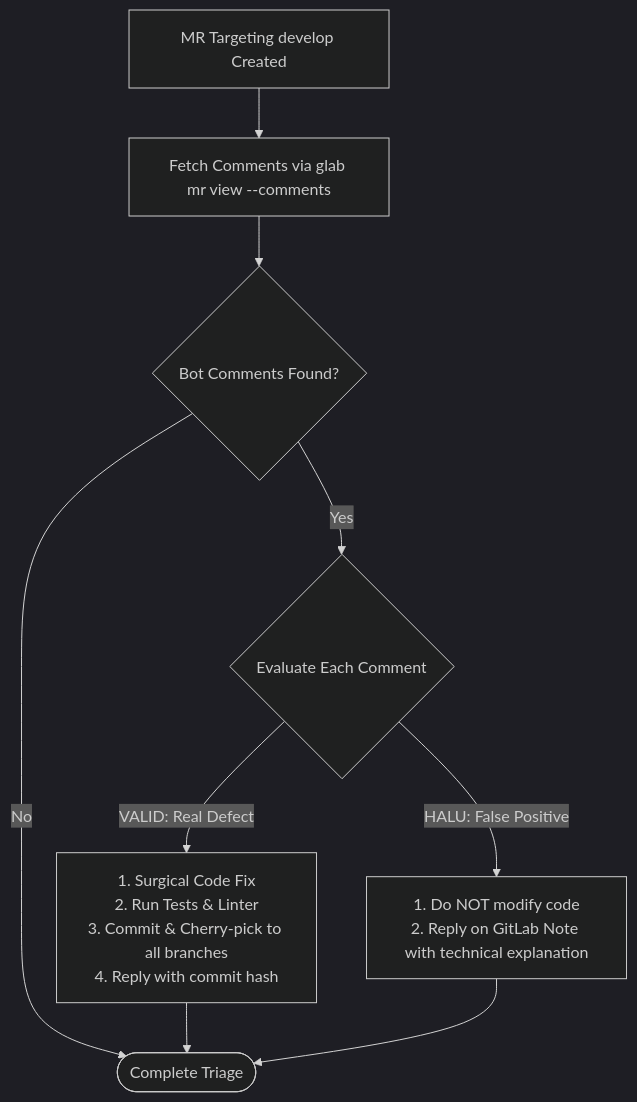
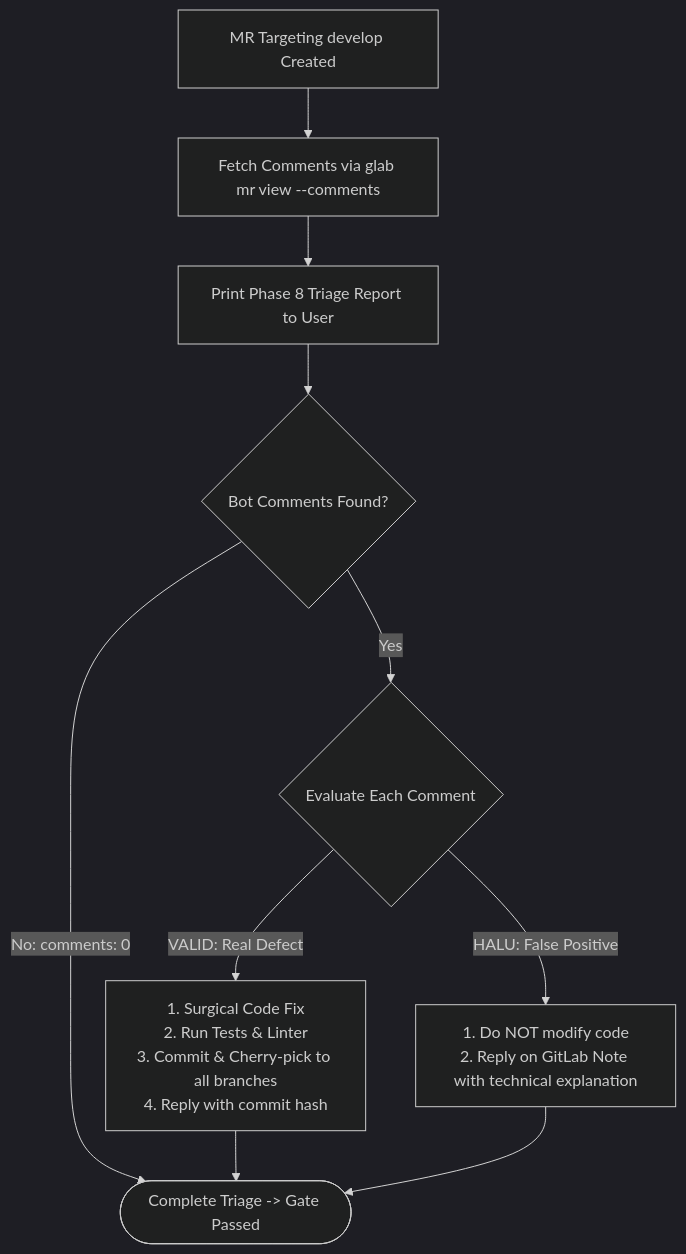
The diagram in adapters/dot/coreview.md (egagofur/ai-engineering-loop), drawn with Mermaid (dark theme) before and after one commit. The commit also changed other lines of this file and 2 other files, not shown here.

````diff
--- a/adapters/dot/coreview.md
+++ b/adapters/dot/coreview.md
@@ -17,14 +29,15 @@
 ```mermaid
 flowchart TD
     MRDev[MR Targeting develop Created] --> FetchBot[Fetch Comments via glab mr view --comments]
-    FetchBot --> CheckComments{Bot Comments Found?}
+    FetchBot --> PrintTriage[Print Phase 8 Triage Report to User]
+    PrintTriage --> CheckComments{Bot Comments Found?}
     
-    CheckComments -->|No| Done([Complete Triage])
+    CheckComments -->|No: comments: 0| Done([Complete Triage -> Gate Passed])
     CheckComments -->|Yes| Evaluate{Evaluate Each Comment}
     
     Evaluate -->|VALID: Real Defect| Fix[1. Surgical Code Fix<br>2. Run Tests & Linter<br>3. Commit & Cherry-pick to all branches<br>4. Reply with commit hash]
     Evaluate -->|HALU: False Positive| Halu[1. Do NOT modify code<br>2. Reply on GitLab Note with technical explanation]
     
     Fix --> Done
     Halu --> Done
 ```
````
